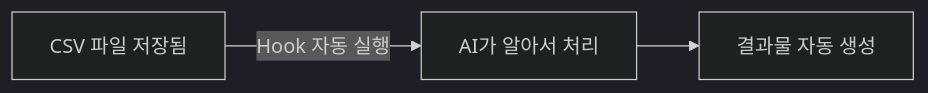
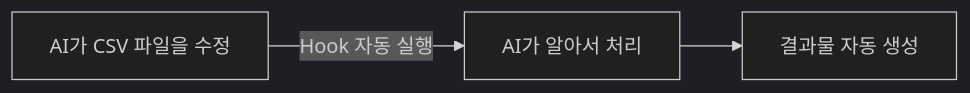
One commit to kshong05311129/lghh-kiro-workshop changed the first of 2 diagrams in module3-hook-skill/README.md. Above: the diagram before and after it, drawn with Mermaid (dark theme). The commit also changed other lines of this file and 1 other file, not shown here.

Commit message:
hook은 AI가 파일 수정할때만 발동, 사람이 직접 저장하면 안됨 - 실습 방식 수정

````diff
--- a/module3-hook-skill/README.md
+++ b/module3-hook-skill/README.md
@@ -26,5 +26,5 @@
 ```mermaid
 graph LR
-    A[CSV 파일 저장됨] -->|Hook 자동 실행| B[AI가 알아서 처리]
+    A[AI가 CSV 파일을 수정] -->|Hook 자동 실행| B[AI가 알아서 처리]
     B --> C[결과물 자동 생성]
 ```
````
